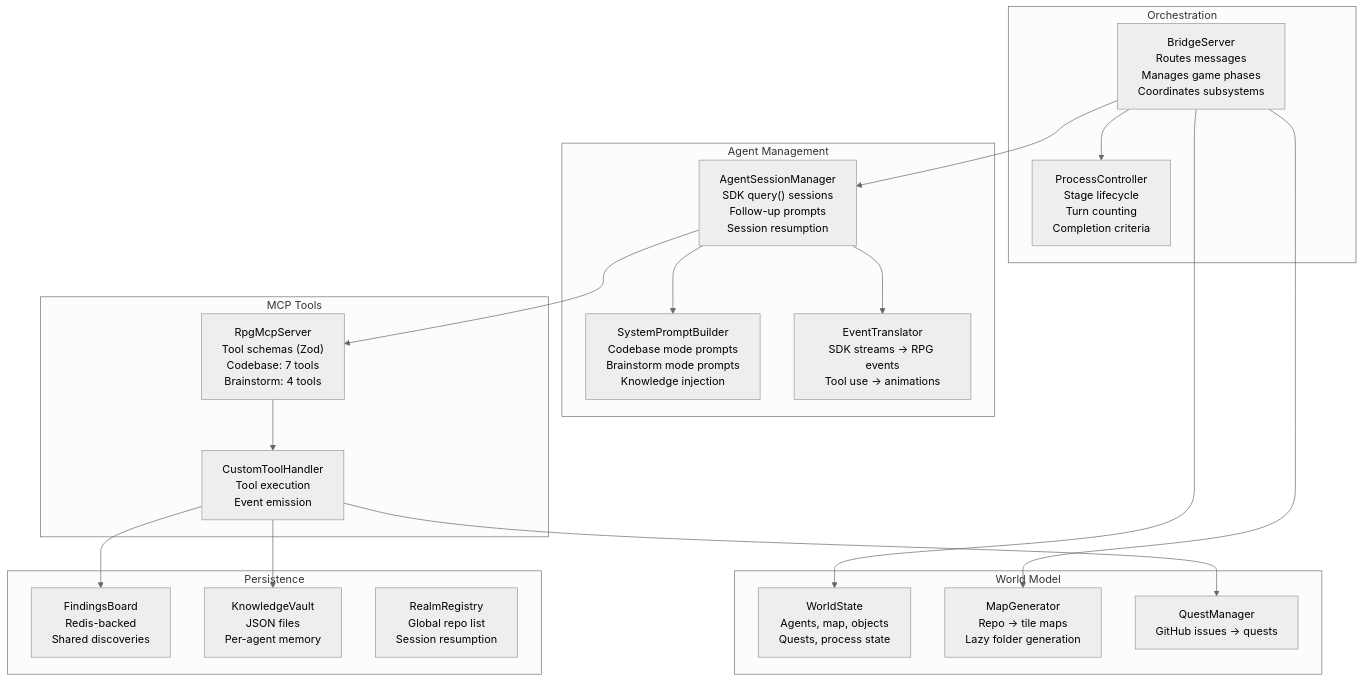
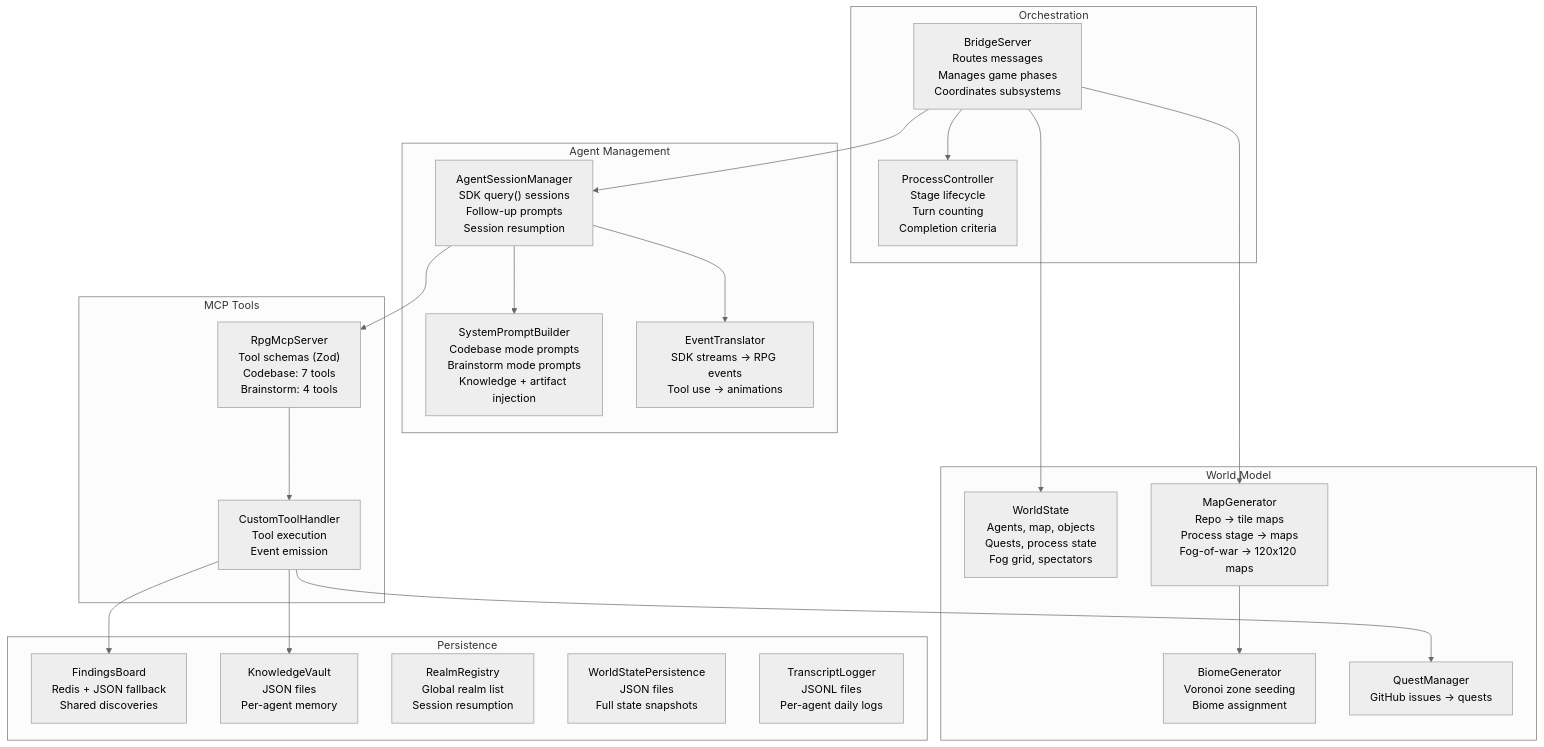
One commit to Human-Agency-Hackathon/AI-Interfaces-Feb-2026 changed the third of 3 diagrams in docs/diagrams/system-overview.md. Above: the diagram before and after it, drawn with Mermaid (neutral theme). The commit also changed other lines of this file and 13 other files, not shown here.

First line of the commit message:
docs: update diagrams to match current codebase

````diff
--- a/docs/diagrams/system-overview.md
+++ b/docs/diagrams/system-overview.md
@@ -78,42 +105,46 @@
 ```mermaid
 graph TD
     subgraph Orchestration ["Orchestration"]
         BS2["BridgeServer<br/>Routes messages<br/>Manages game phases<br/>Coordinates subsystems"]
         PC3["ProcessController<br/>Stage lifecycle<br/>Turn counting<br/>Completion criteria"]
     end
 
     subgraph AgentManagement ["Agent Management"]
         ASM2["AgentSessionManager<br/>SDK query() sessions<br/>Follow-up prompts<br/>Session resumption"]
-        SPB2["SystemPromptBuilder<br/>Codebase mode prompts<br/>Brainstorm mode prompts<br/>Knowledge injection"]
+        SPB2["SystemPromptBuilder<br/>Codebase mode prompts<br/>Brainstorm mode prompts<br/>Knowledge + artifact injection"]
         ET2["EventTranslator<br/>SDK streams → RPG events<br/>Tool use → animations"]
     end
 
     subgraph Tools ["MCP Tools"]
         RMS["RpgMcpServer<br/>Tool schemas (Zod)<br/>Codebase: 7 tools<br/>Brainstorm: 4 tools"]
         CTH2["CustomToolHandler<br/>Tool execution<br/>Event emission"]
     end
 
     subgraph WorldModel ["World Model"]
-        WS2["WorldState<br/>Agents, map, objects<br/>Quests, process state"]
-        MG2["MapGenerator<br/>Repo → tile maps<br/>Lazy folder generation"]
+        WS2["WorldState<br/>Agents, map, objects<br/>Quests, process state<br/>Fog grid, spectators"]
+        MG2["MapGenerator<br/>Repo → tile maps<br/>Process stage → maps<br/>Fog-of-war → 120x120 maps"]
+        BG2["BiomeGenerator<br/>Voronoi zone seeding<br/>Biome assignment"]
         QM["QuestManager<br/>GitHub issues → quests"]
     end
 
     subgraph Persistence ["Persistence"]
-        FB["FindingsBoard<br/>Redis-backed<br/>Shared discoveries"]
+        FB["FindingsBoard<br/>Redis + JSON fallback<br/>Shared discoveries"]
         KV["KnowledgeVault<br/>JSON files<br/>Per-agent memory"]
-        RR["RealmRegistry<br/>Global repo list<br/>Session resumption"]
+        RR2["RealmRegistry<br/>Global realm list<br/>Session resumption"]
+        WSP["WorldStatePersistence<br/>JSON files<br/>Full state snapshots"]
+        TL["TranscriptLogger<br/>JSONL files<br/>Per-agent daily logs"]
     end
 
     BS2 --> ASM2
     BS2 --> PC3
     BS2 --> WS2
     BS2 --> MG2
+    MG2 --> BG2
     ASM2 --> SPB2
     ASM2 --> ET2
     ASM2 --> RMS
     RMS --> CTH2
     CTH2 --> FB
     CTH2 --> KV
     CTH2 --> QM
 ```
````
